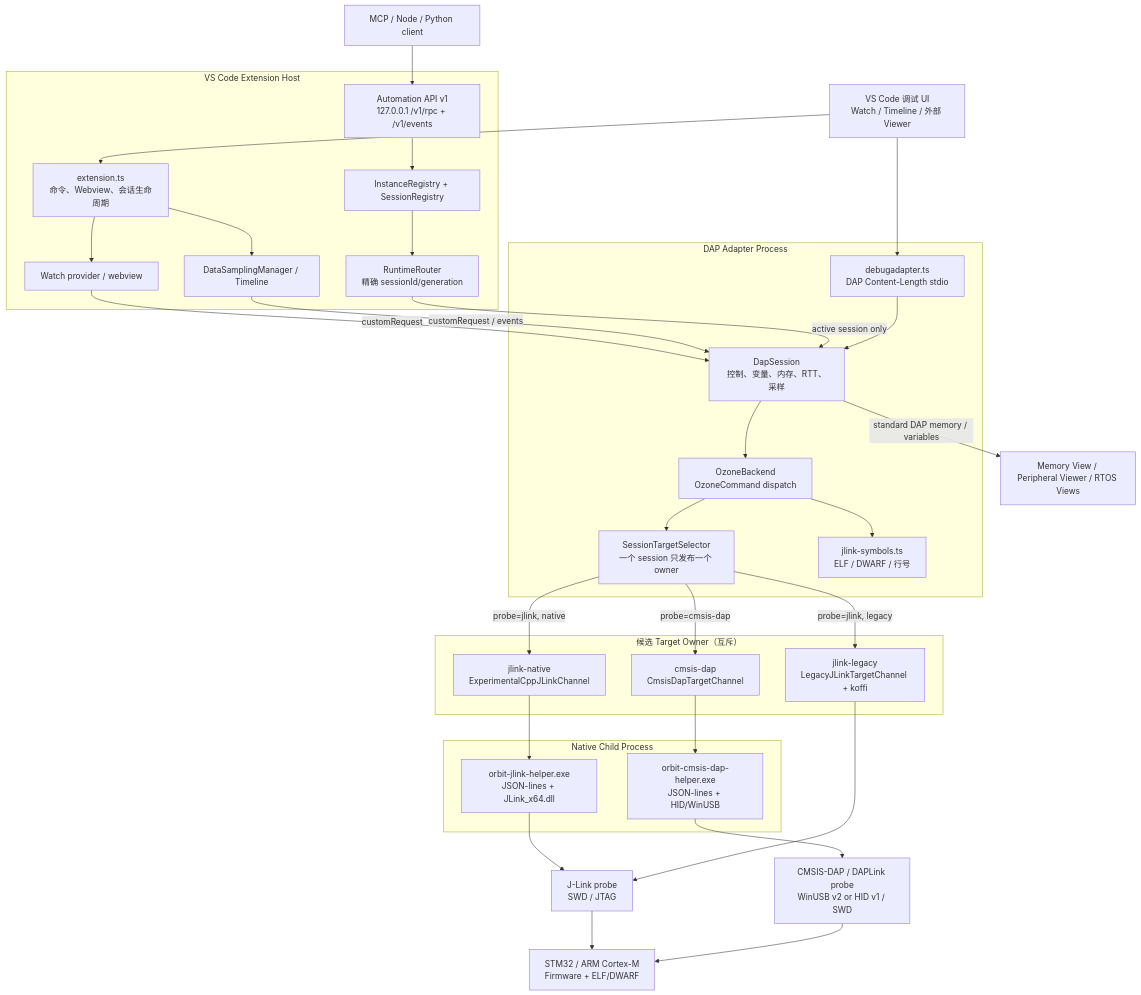
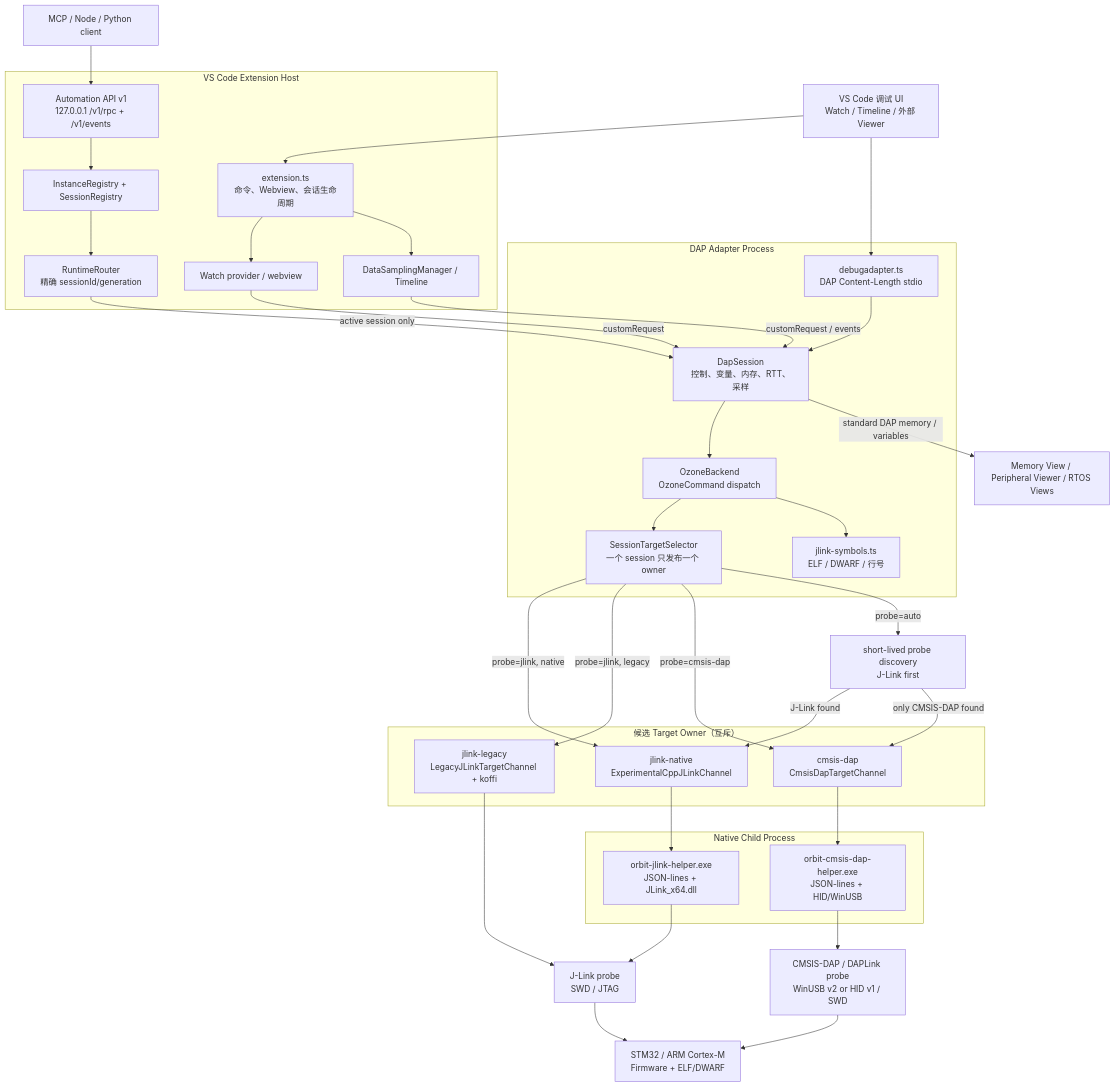
One commit to zhuangyan114/Orbit changed the diagram in docs/architecture.md. Above: the diagram before and after it, drawn with Mermaid. The commit also changed other lines of this file and 29 other files, not shown here.

````diff
--- a/docs/architecture.md
+++ b/docs/architecture.md
@@ -5,57 +5,61 @@
 ```mermaid
 flowchart TD
     VSCode["VS Code 调试 UI\nWatch / Timeline / 外部 Viewer"]
     MCP["MCP / Node / Python client"]
 
     subgraph Host["VS Code Extension Host"]
         Ext["extension.ts\n命令、Webview、会话生命周期"]
         Router["RuntimeRouter\n精确 sessionId/generation"]
         Api["Automation API v1\n127.0.0.1 /v1/rpc + /v1/events"]
         Registry["InstanceRegistry + SessionRegistry"]
         Watch["Watch provider / webview"]
         Timeline["DataSamplingManager / Timeline"]
     end
 
     subgraph Adapter["DAP Adapter Process"]
         Entry["debugadapter.ts\nDAP Content-Length stdio"]
         Session["DapSession\n控制、变量、内存、RTT、采样"]
         Backend["OzoneBackend\nOzoneCommand dispatch"]
         Selector["SessionTargetSelector\n一个 session 只发布一个 owner"]
         Symbols["jlink-symbols.ts\nELF / DWARF / 行号"]
     end
 
     subgraph Owners["候选 Target Owner（互斥）"]
         JNative["jlink-native\nExperimentalCppJLinkChannel"]
         JLegacy["jlink-legacy\nLegacyJLinkTargetChannel + koffi"]
         Cmsis["cmsis-dap\nCmsisDapTargetChannel"]
     end
 
     subgraph Helpers["Native Child Process"]
         JHelper["orbit-jlink-helper.exe\nJSON-lines + JLink_x64.dll"]
         CHelper["orbit-cmsis-dap-helper.exe\nJSON-lines + HID/WinUSB"]
     end
 
     JLink["J-Link probe\nSWD / JTAG"]
     DapProbe["CMSIS-DAP / DAPLink probe\nWinUSB v2 or HID v1 / SWD"]
+    ProbeDiscovery["short-lived probe discovery\nJ-Link first"]
     Target["STM32 / ARM Cortex-M\nFirmware + ELF/DWARF"]
     ExternalViews["Memory View / Peripheral Viewer / RTOS Views"]
 
     VSCode --> Entry
     VSCode --> Ext
     MCP --> Api --> Registry
     Registry --> Router
     Ext --> Watch
     Ext --> Timeline
     Watch -->|"customRequest"| Session
     Timeline -->|"customRequest / events"| Session
     Router -->|"active session only"| Session
     Entry --> Session --> Backend --> Selector
     Backend --> Symbols
     Session -->|"standard DAP memory / variables"| ExternalViews
 
     Selector -->|"probe=jlink, native"| JNative --> JHelper --> JLink
     Selector -->|"probe=jlink, legacy"| JLegacy --> JLink
     Selector -->|"probe=cmsis-dap"| Cmsis --> CHelper --> DapProbe
+    Selector -->|"probe=auto"| ProbeDiscovery
+    ProbeDiscovery -->|"J-Link found"| JNative
+    ProbeDiscovery -->|"only CMSIS-DAP found"| Cmsis
     JLink --> Target
     DapProbe --> Target
 ```
````
